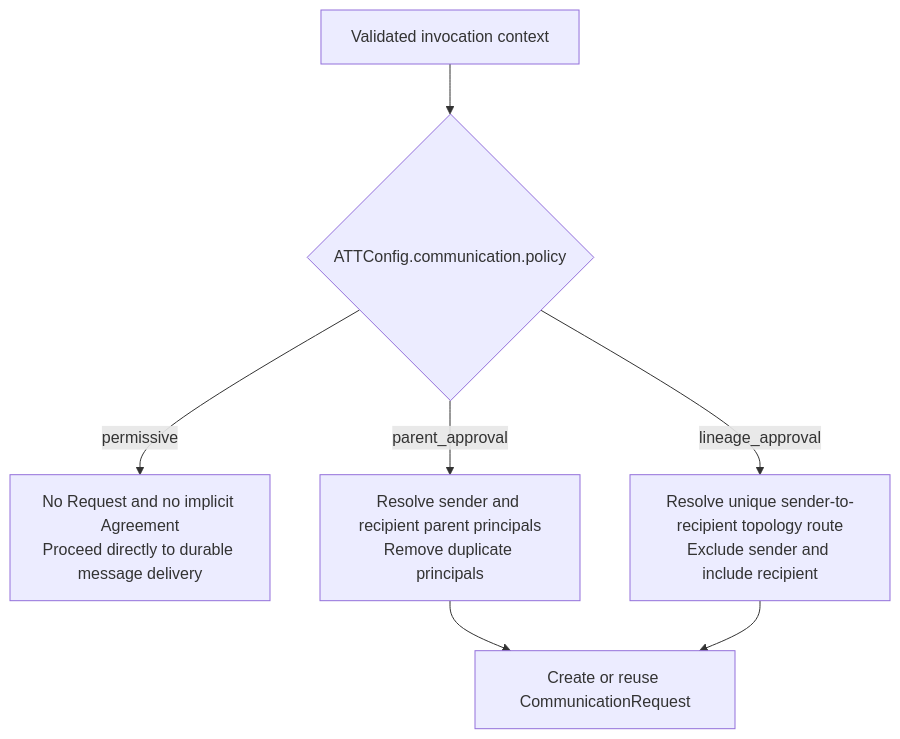
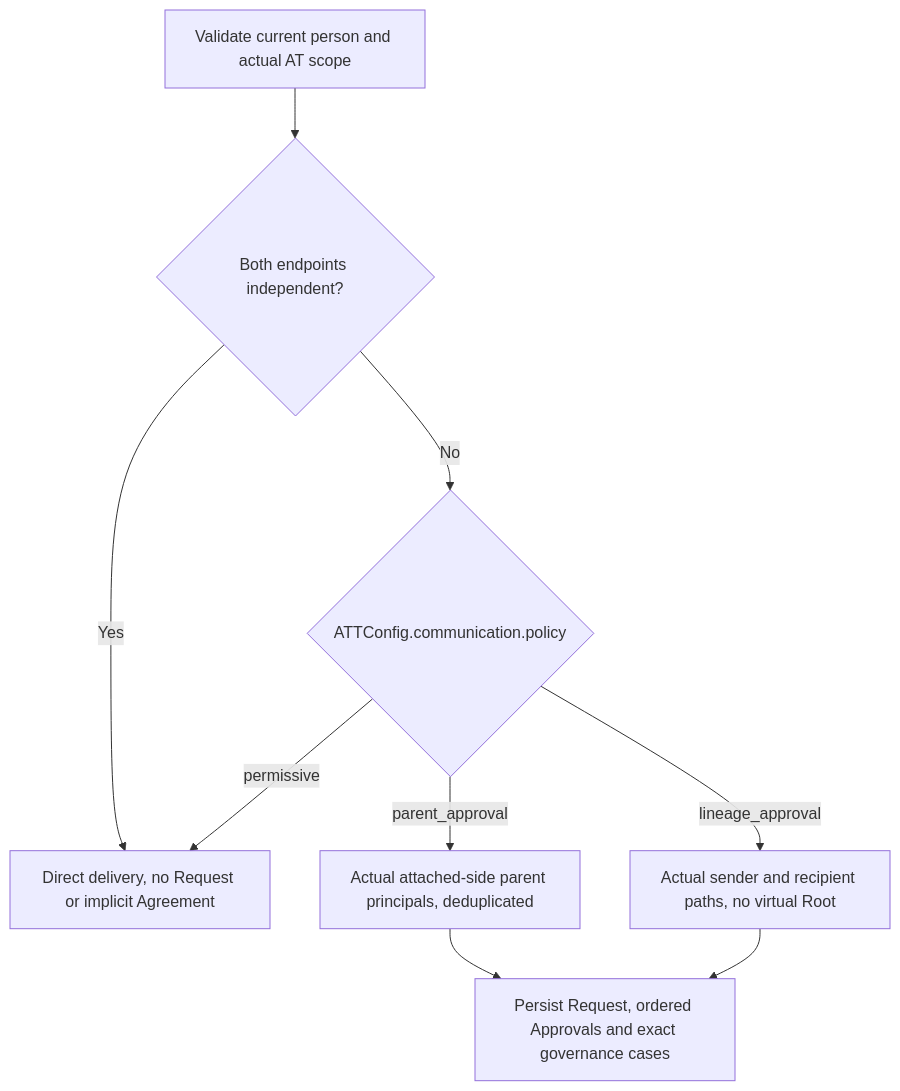
Before and after one commit to AI-Team-Team/AI-Team-Team: the second of 9 diagrams in docs/flowcharts/Autonomous_Communication_Governance.md, drawn with Mermaid. The commit also changed other lines of this file and 310 other files, not shown here.

````diff
--- a/docs/flowcharts/Autonomous_Communication_Governance.md
+++ b/docs/flowcharts/Autonomous_Communication_Governance.md
@@ -47,9 +49,11 @@
 ```mermaid
 flowchart TD
-    Start["Validated invocation context"] --> Policy{"ATTConfig.communication.policy"}
-    Policy -- "permissive" --> Direct["No Request and no implicit Agreement<br/>Proceed directly to durable message delivery"]
-    Policy -- "parent_approval" --> ParentRoute["Resolve sender and recipient parent principals<br/>Remove duplicate principals"]
-    Policy -- "lineage_approval" --> LineageRoute["Resolve unique sender-to-recipient topology route<br/>Exclude sender and include recipient"]
-    ParentRoute --> Governed["Create or reuse CommunicationRequest"]
-    LineageRoute --> Governed
+    Context["Validate current person and actual AT scope"] --> Independent{"Both endpoints independent?"}
+    Independent -- "Yes" --> Direct["Direct delivery, no Request or implicit Agreement"]
+    Independent -- "No" --> Policy{"ATTConfig.communication.policy"}
+    Policy -- "permissive" --> Direct
+    Policy -- "parent_approval" --> Parents["Actual attached-side parent principals, deduplicated"]
+    Policy -- "lineage_approval" --> Path["Actual sender and recipient paths, no virtual Root"]
+    Parents --> Cases["Persist Request, ordered Approvals and exact governance cases"]
+    Path --> Cases
 ```
````
